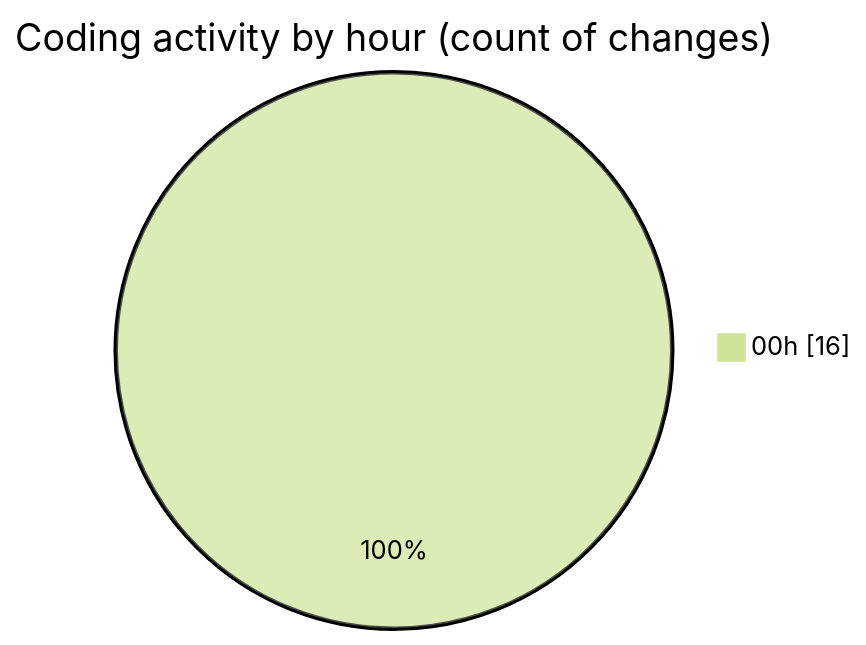
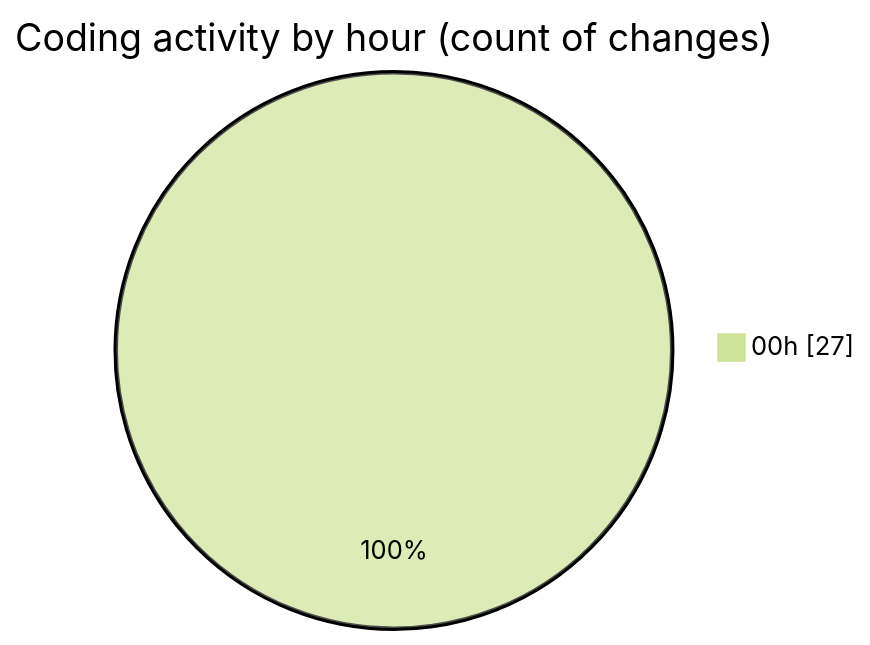
Before and after one commit to lephambinh05/code-tracking: the second of 2 diagrams in 2025-09-03/quytuthien_vn/README.md, drawn with Mermaid (forest theme). The commit also changed other lines of this file and 1 other file, not shown here.

````diff
--- a/2025-09-03/quytuthien_vn/README.md
+++ b/2025-09-03/quytuthien_vn/README.md
@@ -36,5 +41,5 @@
 ```mermaid
 pie showData
 title Coding activity by hour (count of changes)
-"00h" : 16
+"00h" : 27
 ```
````
